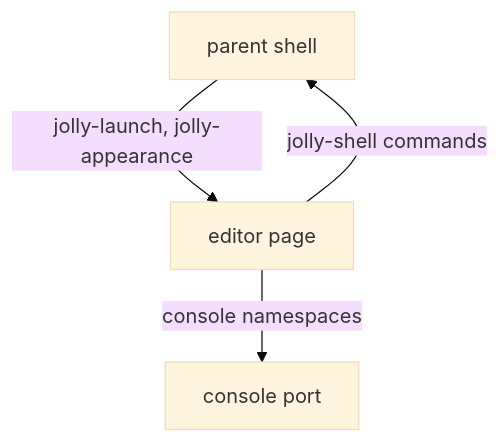
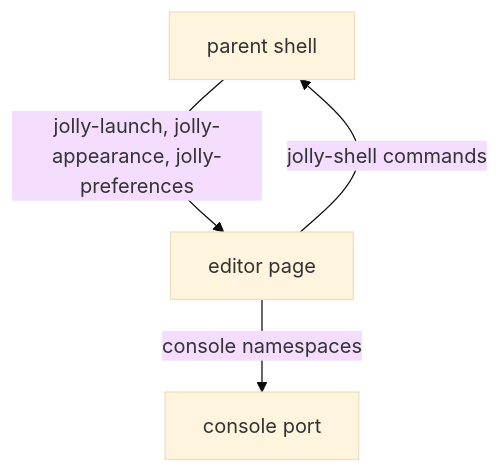
One commit to JollyPixel/editor changed the fifth of 14 diagrams in packages/editors/host/ARCHITECTURE.md. Above: the diagram before and after it, drawn with Mermaid (base theme). The commit also changed other lines of this file and 300 other files, not shown here.

````diff
--- a/packages/editors/host/ARCHITECTURE.md
+++ b/packages/editors/host/ARCHITECTURE.md
@@ -76,6 +76,6 @@
 ```mermaid
 flowchart TB
-    Shell["parent shell"] -->|"jolly-launch, jolly-appearance"| Page["editor page"]
+    Shell["parent shell"] -->|"jolly-launch, jolly-appearance, jolly-preferences"| Page["editor page"]
     Page -->|"jolly-shell commands"| Shell
     Page -->|"console namespaces"| Port["console port"]
 ```
````
